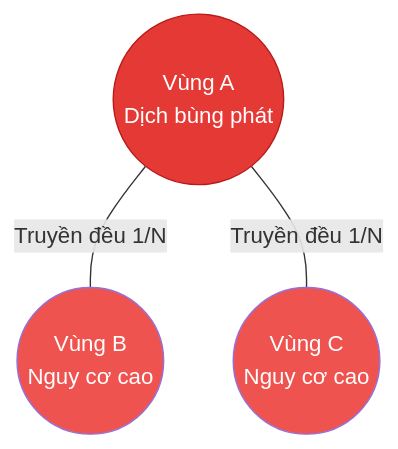
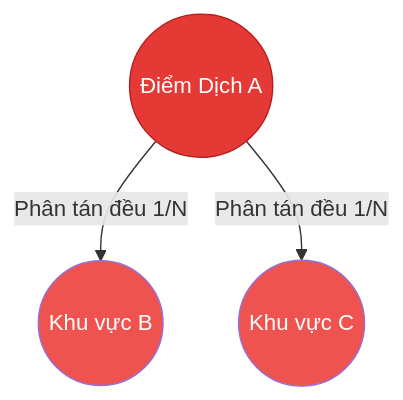
The first of 4 diagrams in README.md (danielhuynh-04/Sheaf-Attention-Networks-in-forecasting-Dengue-fever-in-Brazil.), drawn with Mermaid before and after one commit. The commit also changed other lines of this file, not shown here.

````diff
--- a/README.md
+++ b/README.md
@@ -34,9 +33,8 @@
 ```mermaid
 graph TD
-    A((Vùng A<br>Dịch bùng phát)) ---|Truyền đều 1/N| B((Vùng B<br>Nguy cơ cao))
-    A ---|Truyền đều 1/N| C((Vùng C<br>Nguy cơ cao))
-    
+    A((Điểm Dịch A)) -- "Phân tán đều 1/N" --> B((Khu vực B))
+    A -- "Phân tán đều 1/N" --> C((Khu vực C))
     style A fill:#e53935,color:#fff,stroke:#b71c1c;
     style B fill:#ef5350,color:#fff;
     style C fill:#ef5350,color:#fff;
 ```
````
